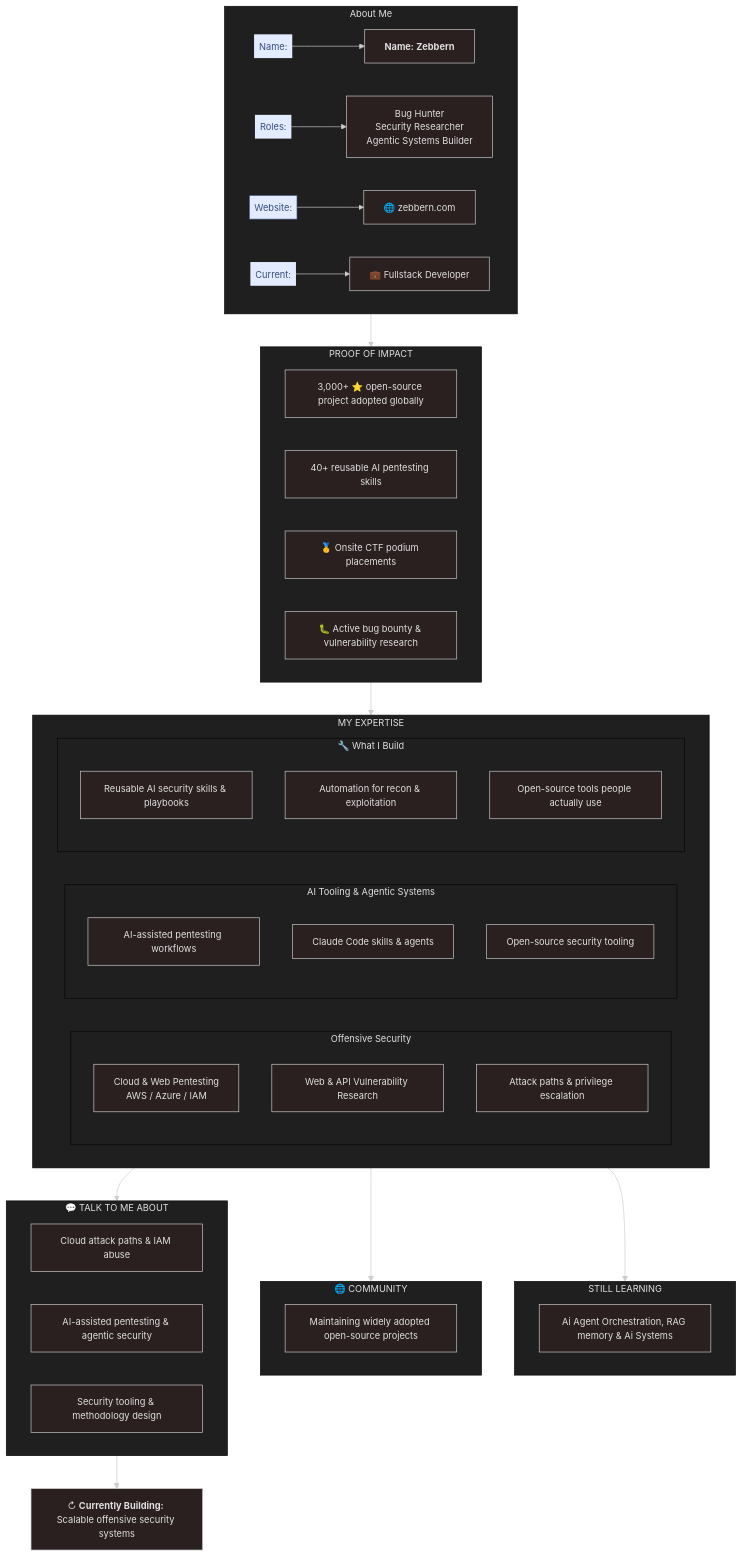
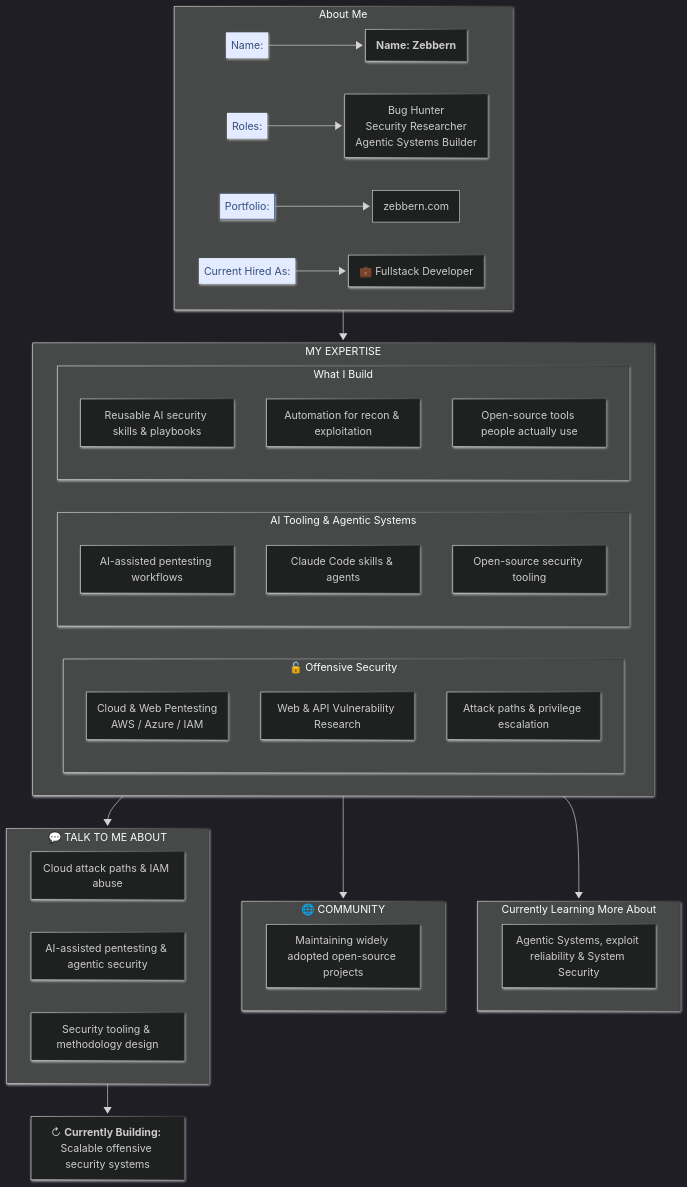
Before and after one commit to zebbern/zebbern: the diagram in README.md, drawn with Mermaid.

````diff
--- a/README.md
+++ b/README.md
@@ -17,78 +17,73 @@
 ```mermaid
 ---
 config:
-  theme: neo-dark
+  theme: dark
   layout: fixed
+  look: neo
 ---
 flowchart TB
  subgraph ID["About Me"]
         name["<b>Name: Zebbern</b>"]
         role["Bug Hunter
         Security Researcher
         Agentic Systems Builder"]
-        web["🌐 zebbern.com"]
+        web["zebbern.com"]
         job["💼 Fullstack Developer"]
         n1["Roles:"]
-        n2["Website:"]
+        n2["Portfolio:"]
         n3["Name:"]
-        n4["Current:"]
+        n4["Current Hired As:"]
   end
- subgraph IMPACT["PROOF OF IMPACT"]
-        i1["3,000+ ⭐ open-source project adopted globally"]
-        i2["40+ reusable AI pentesting skills"]
-        i3["🥇 Onsite CTF podium placements"]
-        i4["🐛 Active bug bounty & vulnerability research"]
-  end
- subgraph SEC["Offensive Security"]
+ subgraph SEC["🔓 Offensive Security"]
         s1["Cloud &amp; Web Pentesting<br>AWS / Azure / IAM"]
         s2["Web & API Vulnerability Research"]
         s3["Attack paths & privilege escalation"]
   end
- subgraph AI["AI Tooling & Agentic Systems"]
+ subgraph AI["AI Tooling &amp; Agentic Systems"]
         a1["AI-assisted pentesting workflows"]
         a2["Claude Code skills & agents"]
         a3["Open-source security tooling"]
   end
- subgraph BUILD["🔧 What I Build"]
+ subgraph BUILD["What I Build"]
         b1["Reusable AI security skills & playbooks"]
         b2["Automation for recon & exploitation"]
         b3["Open-source tools people actually use"]
   end
  subgraph EXPERTISE["MY EXPERTISE"]
         SEC
         AI
         BUILD
   end
- subgraph LEARNING["STILL LEARNING"]
-        l1["Ai Agent Orchestration, RAG memory & Ai Systems"]
+ subgraph LEARNING["Currently Learning More About"]
+        l1["Agentic Systems, exploit reliability & System Security"]
   end
  subgraph COMMUNITY["🌐 COMMUNITY"]
         c1["Maintaining widely adopted open-source projects"]
   end
  subgraph TALK["💬 TALK TO ME ABOUT"]
         t1["Cloud attack paths & IAM abuse"]
         t2["AI-assisted pentesting & agentic security"]
         t3["Security tooling & methodology design"]
   end
-    IMPACT --> EXPERTISE
     EXPERTISE --> LEARNING & COMMUNITY & TALK
     TALK --> updating["↻ <b>Currently Building:</b> Scalable offensive security systems"]
     n1 --> role
     n2 --> web
     n3 --> name
     n4 --> job
-    ID --> IMPACT
+    ID --> EXPERTISE
 
     n1@{ shape: text}
     n2@{ shape: text}
     n3@{ shape: text}
     n4@{ shape: text}
      n1:::Sky
      n2:::Sky
      n3:::Sky
      n4:::Sky
     classDef Sky stroke-width:1px, stroke-dasharray:none, stroke:#374D7C, fill:#E2EBFF, color:#374D7C
     style n1 color:none,stroke:none
     style n3 color:none,stroke:none
     style n4 color:none,stroke:none
+    click web "https://zebbern.com/"
 ```
````
